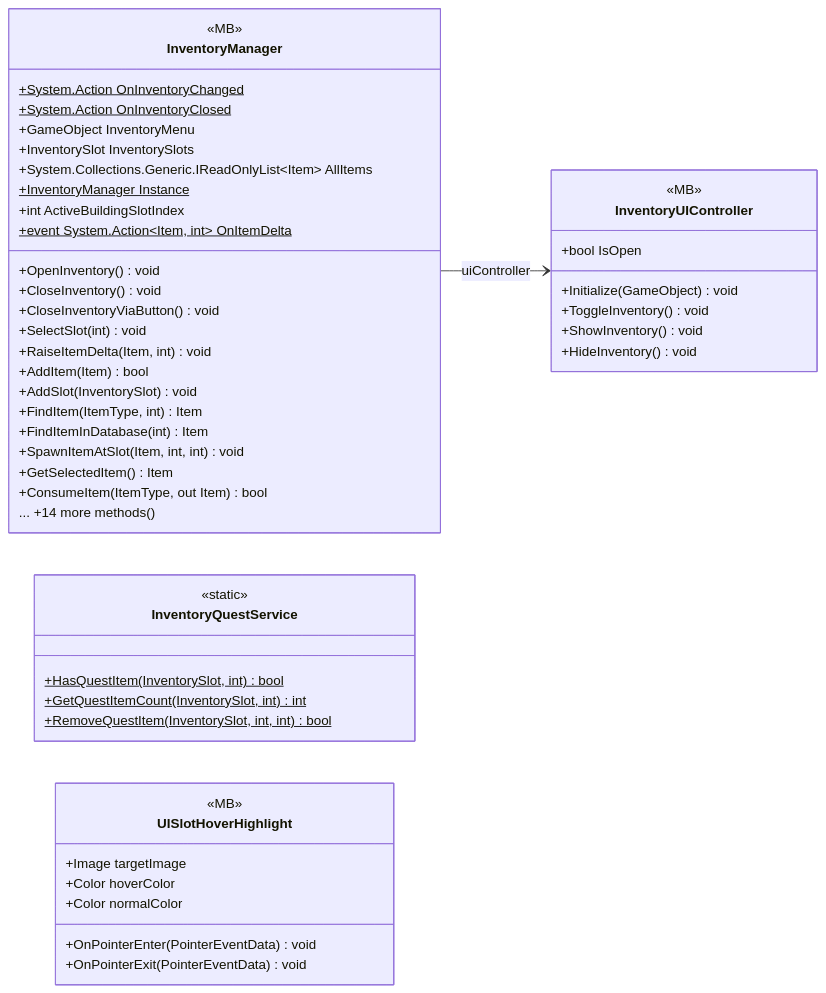
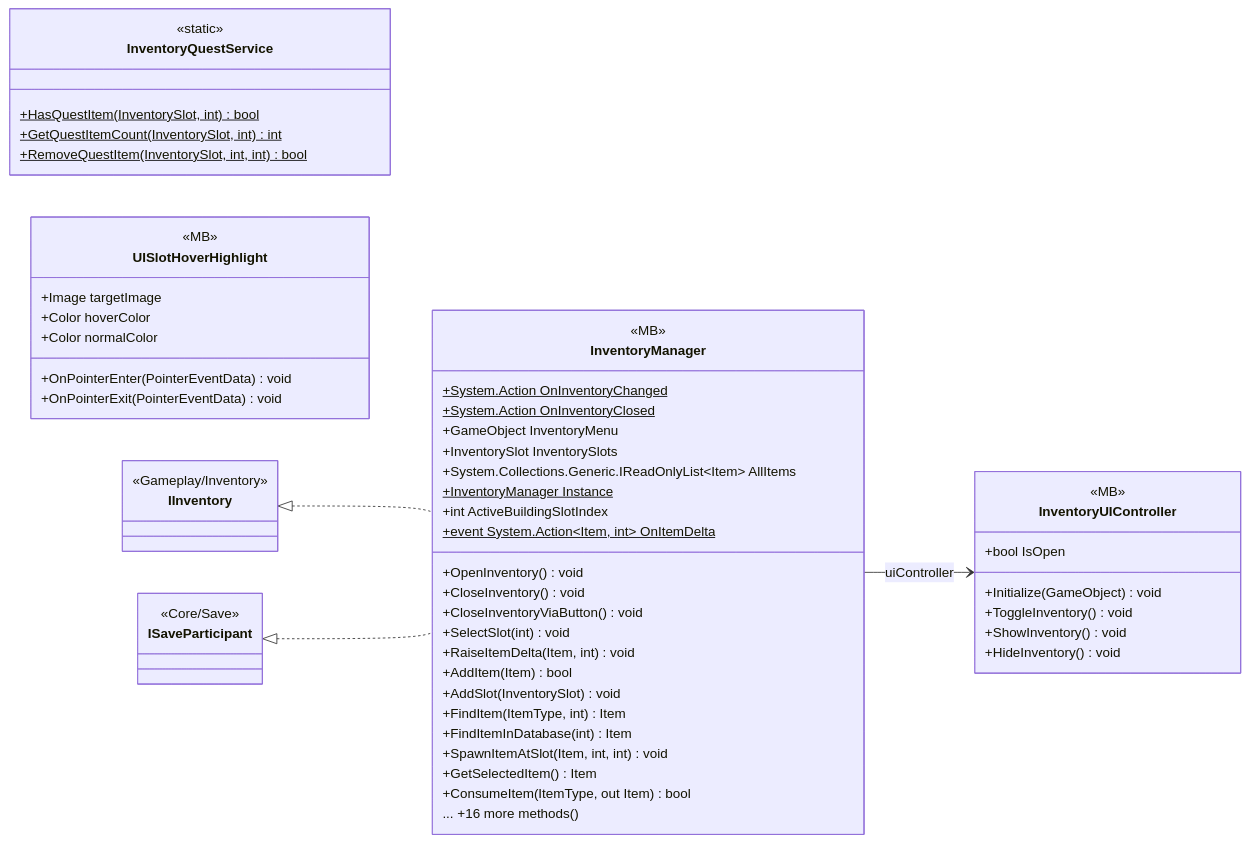
The diagram in docs/uml/modules/UI_Inventory.md (PhumipatWave/project-ocean), drawn with Mermaid before and after one commit. The commit also changed other lines of this file and 531 other files, not shown here.

````diff
--- a/docs/uml/modules/UI_Inventory.md
+++ b/docs/uml/modules/UI_Inventory.md
@@ -7,51 +7,59 @@
 ```mermaid
 classDiagram
   direction LR
   class InventoryManager {
     <<MB>>
     +System.Action OnInventoryChanged$
     +System.Action OnInventoryClosed$
     +GameObject InventoryMenu
     +InventorySlot InventorySlots
     +System.Collections.Generic.IReadOnlyList~Item~ AllItems
     +InventoryManager Instance$
     +int ActiveBuildingSlotIndex
     +event System.Action~Item, int~ OnItemDelta$
     +OpenInventory() void
     +CloseInventory() void
     +CloseInventoryViaButton() void
     +SelectSlot(int) void
     +RaiseItemDelta(Item, int) void
     +AddItem(Item) bool
     +AddSlot(InventorySlot) void
     +FindItem(ItemType, int) Item
     +FindItemInDatabase(int) Item
     +SpawnItemAtSlot(Item, int, int) void
     +GetSelectedItem() Item
     +ConsumeItem(ItemType, out Item) bool
-    ... +14 more methods()
+    ... +16 more methods()
   }
   class InventoryQuestService {
     <<static>>
     +HasQuestItem(InventorySlot, int)$ bool
     +GetQuestItemCount(InventorySlot, int)$ int
     +RemoveQuestItem(InventorySlot, int, int)$ bool
   }
   class InventoryUIController {
     <<MB>>
     +bool IsOpen
     +Initialize(GameObject) void
     +ToggleInventory() void
     +ShowInventory() void
     +HideInventory() void
   }
   class UISlotHoverHighlight {
     <<MB>>
     +Image targetImage
     +Color hoverColor
     +Color normalColor
     +OnPointerEnter(PointerEventData) void
     +OnPointerExit(PointerEventData) void
   }
+  class IInventory {
+    <<Gameplay/Inventory>>
+  }
+  class ISaveParticipant {
+    <<Core/Save>>
+  }
+  IInventory <|.. InventoryManager
+  ISaveParticipant <|.. InventoryManager
   InventoryManager --> InventoryUIController : uiController
 ```
````
